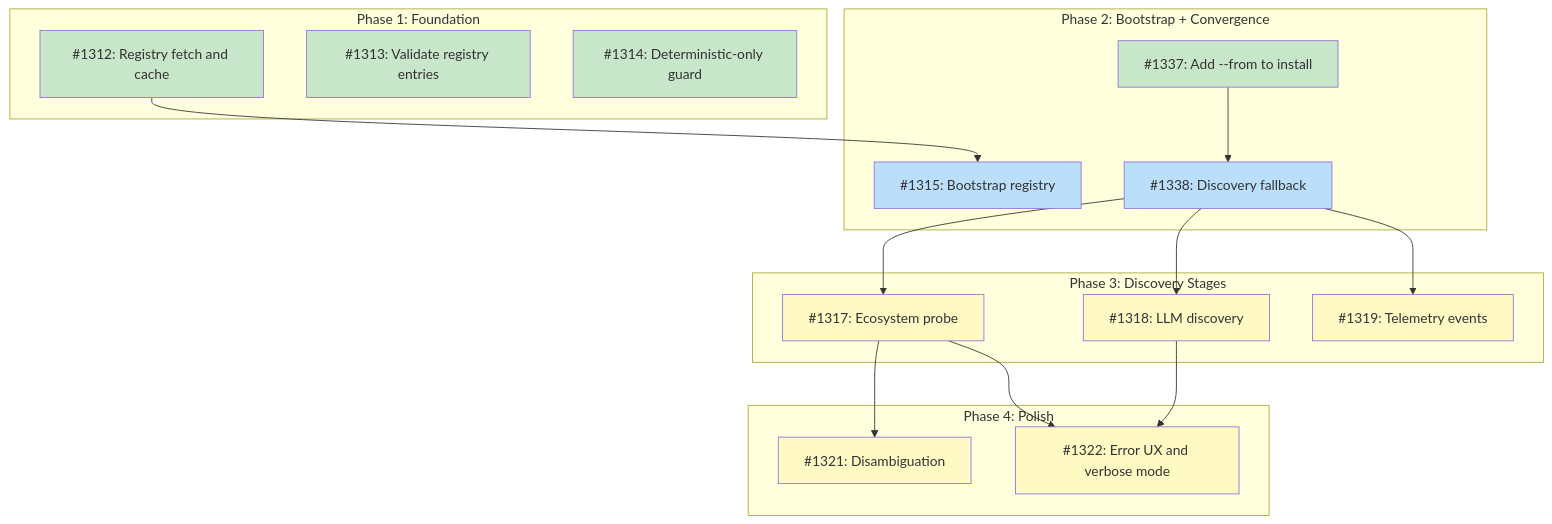
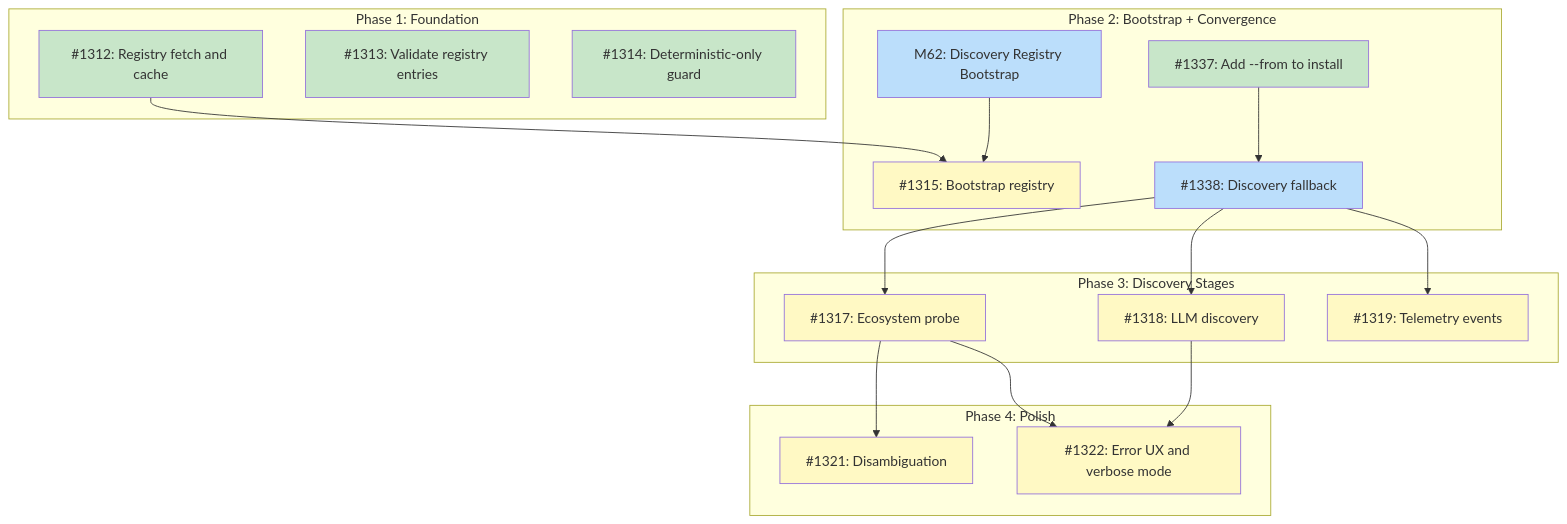
Before and after one commit to tsukumogami/tsuku: the diagram in docs/designs/DESIGN-discovery-resolver.md, drawn with Mermaid. The commit also changed other lines of this file, not shown here.

Commit message:
docs(discovery): add M62 milestone node to parent design dependency graph

````diff
--- a/docs/designs/DESIGN-discovery-resolver.md
+++ b/docs/designs/DESIGN-discovery-resolver.md
@@ -60,46 +61,49 @@
 ```mermaid
 graph TD
     subgraph Phase1["Phase 1: Foundation"]
         I1312["#1312: Registry fetch and cache"]
         I1313["#1313: Validate registry entries"]
         I1314["#1314: Deterministic-only guard"]
     end
 
     subgraph Phase2["Phase 2: Bootstrap + Convergence"]
+        M62["M62: Discovery Registry Bootstrap"]
         I1315["#1315: Bootstrap registry"]
         I1337["#1337: Add --from to install"]
         I1338["#1338: Discovery fallback"]
     end
 
     subgraph Phase3["Phase 3: Discovery Stages"]
         I1317["#1317: Ecosystem probe"]
         I1318["#1318: LLM discovery"]
         I1319["#1319: Telemetry events"]
     end
 
     subgraph Phase4["Phase 4: Polish"]
         I1321["#1321: Disambiguation"]
         I1322["#1322: Error UX and verbose mode"]
     end
 
     I1312 --> I1315
+    M62 --> I1315
     I1337 --> I1338
     I1338 --> I1317
     I1338 --> I1318
     I1338 --> I1319
     I1317 --> I1321
     I1317 --> I1322
     I1318 --> I1322
 
     classDef done fill:#c8e6c9
     classDef ready fill:#bbdefb
     classDef blocked fill:#fff9c4
     classDef needsDesign fill:#e1bee7
 
     class I1312,I1313,I1314 done
     class I1337 done
     class I1338 ready
     class I1319 blocked
-    class I1315 ready
+    class M62 ready
+    class I1315 blocked
     class I1317,I1318,I1321,I1322 blocked
 ```
````
